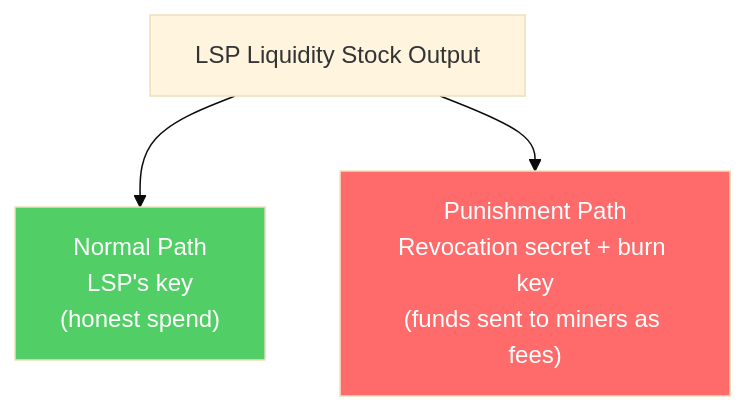
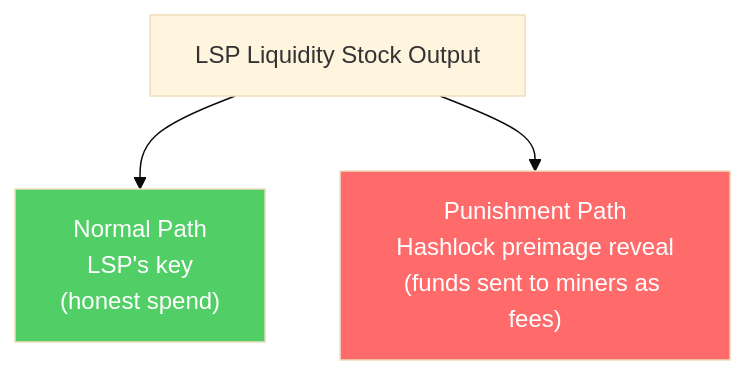
The first of 2 diagrams in core-concepts/shachain-revocation.md (8144225309/superscalar-docs), drawn with Mermaid (base theme) before and after one commit. The commit also changed other lines of this file and 1 other file, not shown here.

````diff
--- a/core-concepts/shachain-revocation.md
+++ b/core-concepts/shachain-revocation.md
@@ -15,9 +15,9 @@
 ```mermaid
 graph TD
     LS["LSP Liquidity Stock Output"]
     LS --> N["Normal Path<br/>LSP's key<br/>(honest spend)"]
-    LS --> P["Punishment Path<br/>Revocation secret + burn key<br/>(funds sent to miners as fees)"]
+    LS --> P["Punishment Path<br/>Hashlock preimage reveal<br/>(funds sent to miners as fees)"]
 
     style N fill:#51cf66,color:#fff
     style P fill:#ff6b6b,color:#fff
 ```
````
